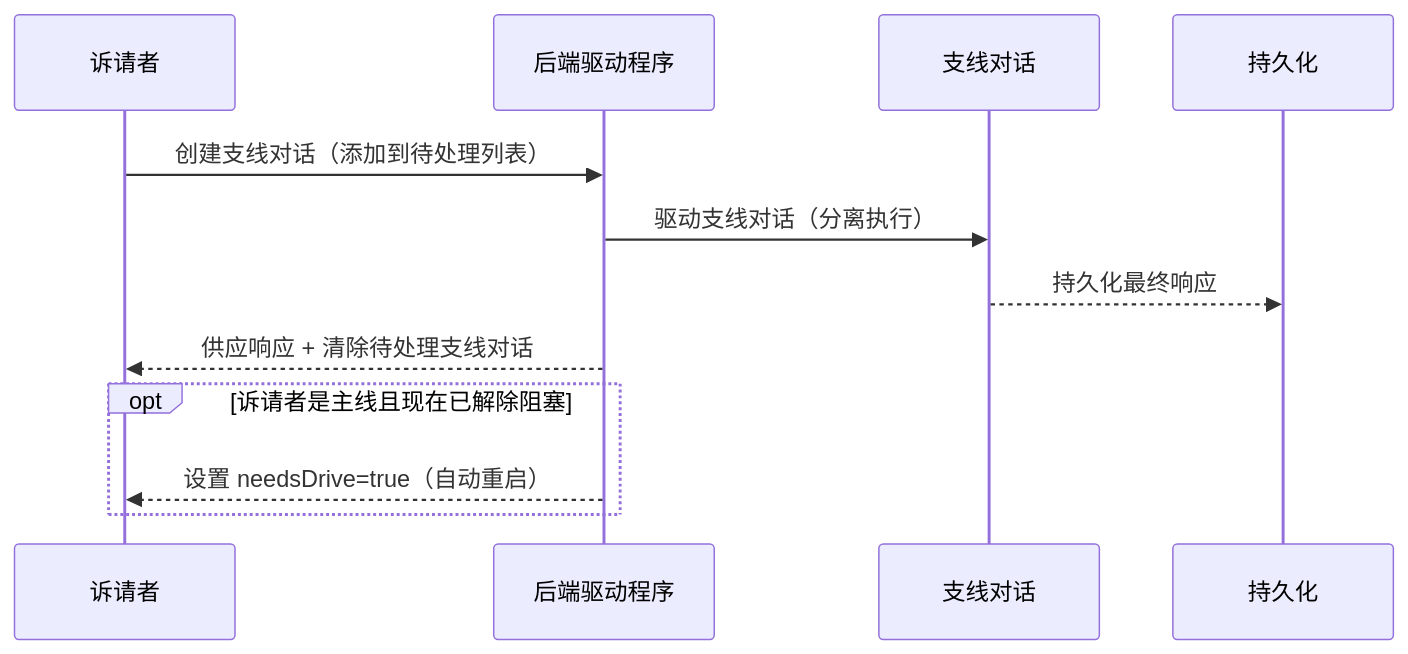
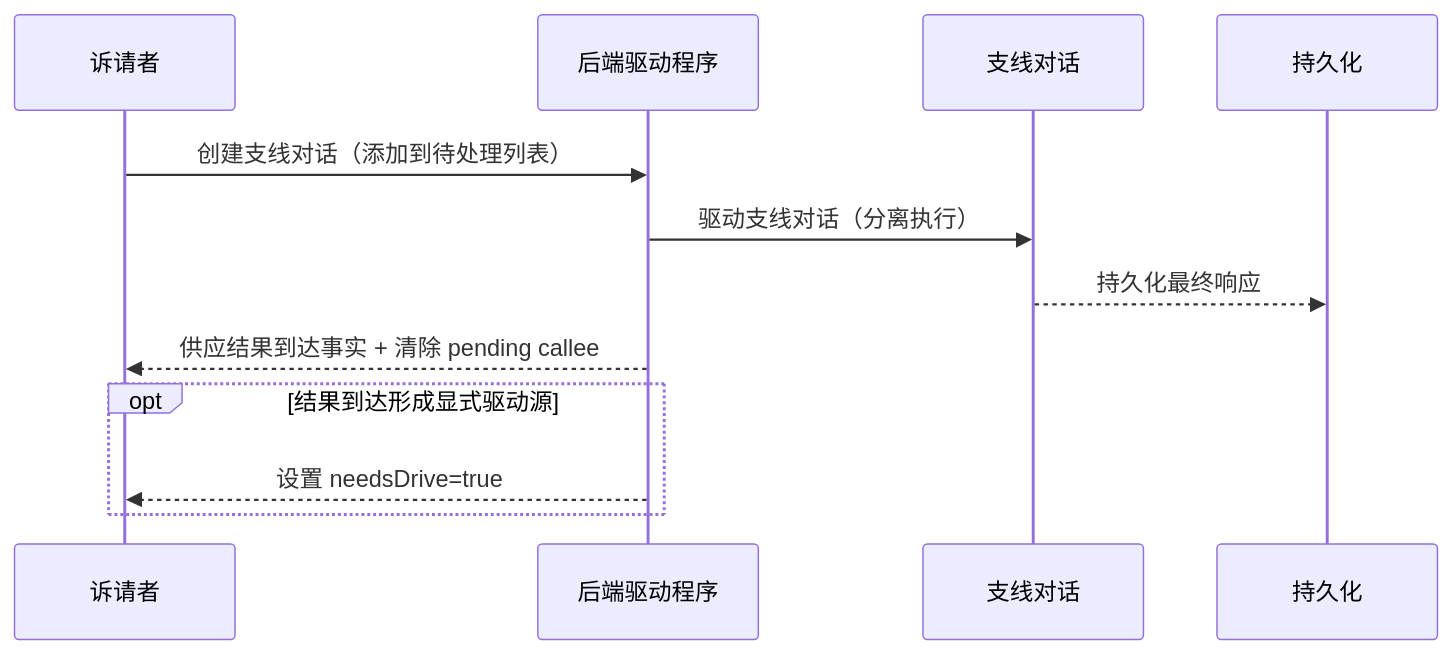
The seventh of 19 diagrams in docs/dialog-system.zh.md (longrun-ai/dominds), drawn with Mermaid before and after one commit. The commit also changed other lines of this file and 54 other files, not shown here.

````diff
--- a/docs/dialog-system.zh.md
+++ b/docs/dialog-system.zh.md
@@ -708,15 +705,15 @@
 ```mermaid
 sequenceDiagram
   participant Asker as 诉请者
   participant Driver as 后端驱动程序
   participant Side as 支线对话
   participant Store as 持久化
 
   Asker->>Driver: 创建支线对话（添加到待处理列表）
   Driver->>Side: 驱动支线对话（分离执行）
   Side-->>Store: 持久化最终响应
-  Driver-->>Asker: 供应响应 + 清除待处理支线对话
-  opt 诉请者是主线且现在已解除阻塞
-    Driver-->>Asker: 设置 needsDrive=true（自动重启）
+  Driver-->>Asker: 供应结果到达事实 + 清除 pending callee
+  opt 结果到达形成显式驱动源
+    Driver-->>Asker: 设置 needsDrive=true
   end
 ```
````
